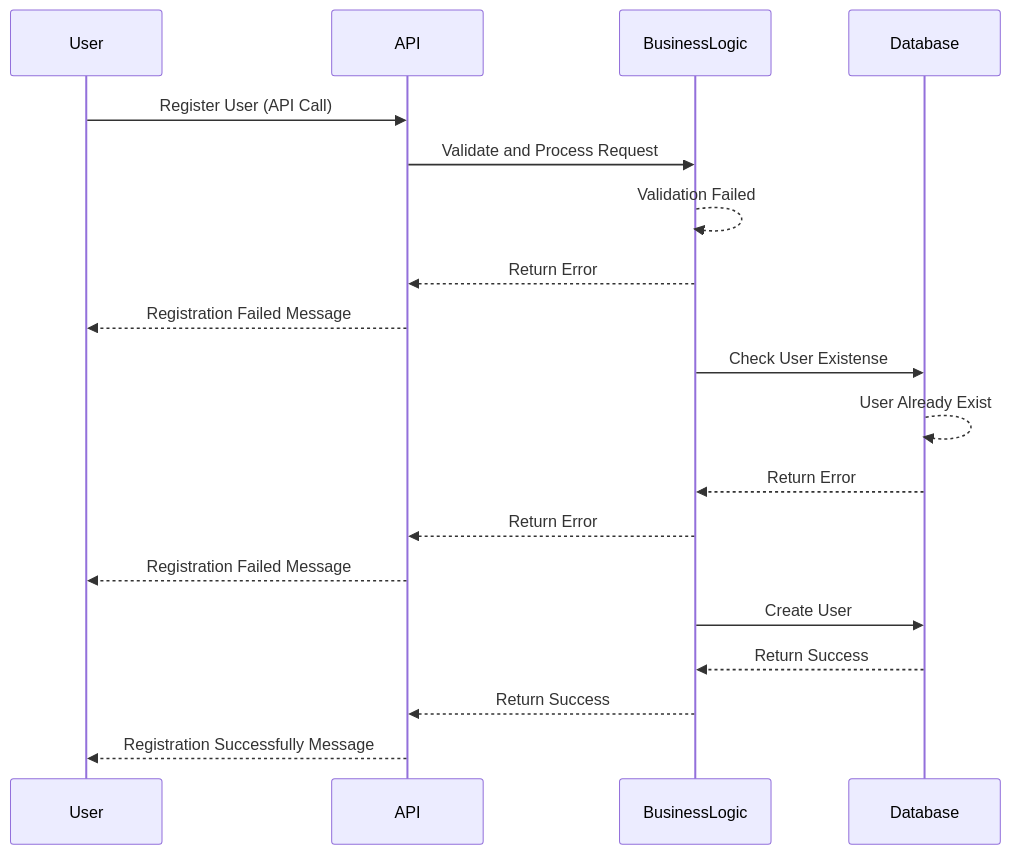
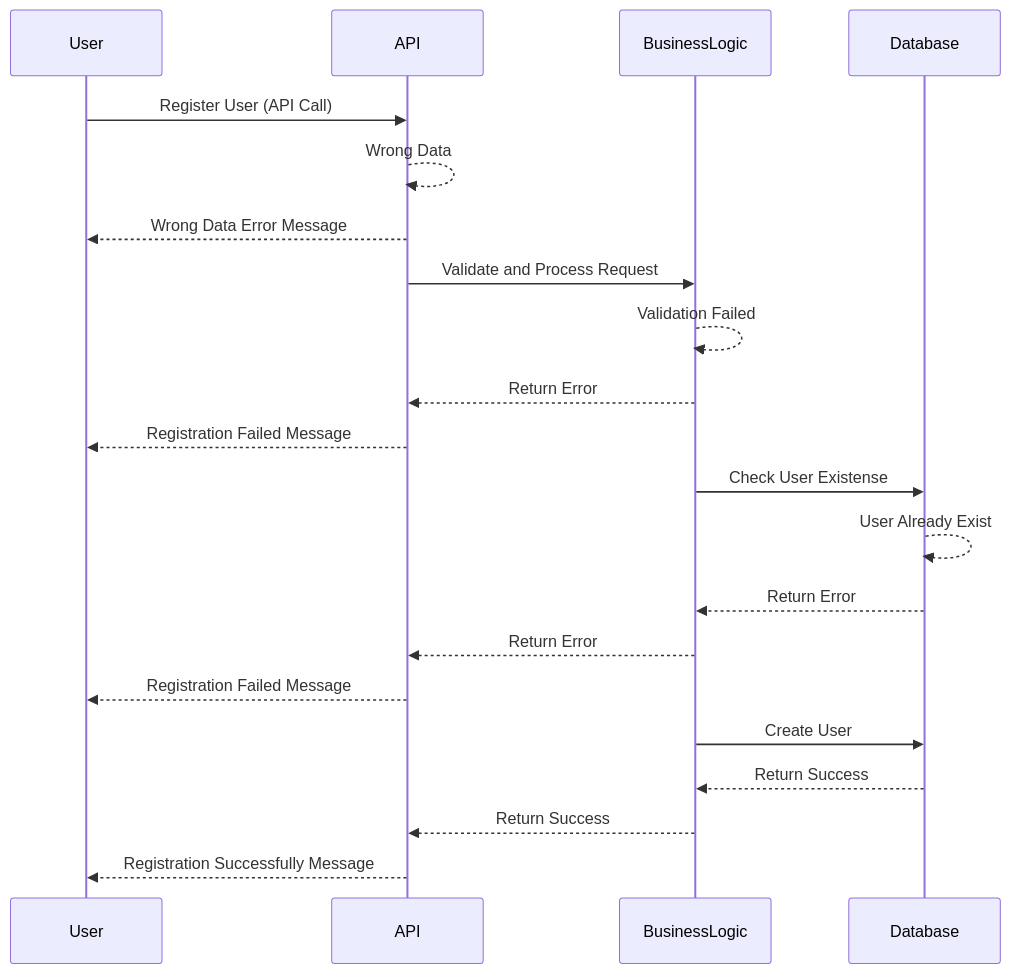
The third of 6 diagrams in README.md (feratholberton/holbertonschool-hbnb), drawn with Mermaid before and after one commit. The commit also changed other lines of this file, not shown here.

````diff
--- a/README.md
+++ b/README.md
@@ -148,24 +148,27 @@
 ```mermaid
 sequenceDiagram
-participant User
-participant API
-participant BusinessLogic
-participant Database
+    participant User
+    participant API
+    participant BusinessLogic
+    participant Database
 
-User ->> API : Register User (API Call)
-API ->> BusinessLogic : Validate and Process Request
-BusinessLogic -->> BusinessLogic : Validation Failed
-BusinessLogic -->> API : Return Error
-API -->> User : Registration Failed Message
+    User ->> API : Register User (API Call)
+    API -->> API : Wrong Data
+    API -->> User : Wrong Data Error Message
 
-BusinessLogic ->> Database : Check User Existense
-Database -->> Database : User Already Exist
-Database -->> BusinessLogic : Return Error
-BusinessLogic -->> API : Return Error
-API -->> User : Registration Failed Message
+    API ->> BusinessLogic : Validate and Process Request
+    BusinessLogic -->> BusinessLogic : Validation Failed
+    BusinessLogic -->> API : Return Error
+    API -->> User : Registration Failed Message
 
-BusinessLogic ->> Database : Create User
-Database -->> BusinessLogic : Return Success
-BusinessLogic -->> API : Return Success
-API -->> User : Registration Successfully Message
+    BusinessLogic ->> Database : Check User Existense
+    Database -->> Database : User Already Exist
+    Database -->> BusinessLogic : Return Error
+    BusinessLogic -->> API : Return Error
+    API -->> User : Registration Failed Message
+
+    BusinessLogic ->> Database : Create User
+    Database -->> BusinessLogic : Return Success
+    BusinessLogic -->> API : Return Success
+    API -->> User : Registration Successfully Message
 ```
````
